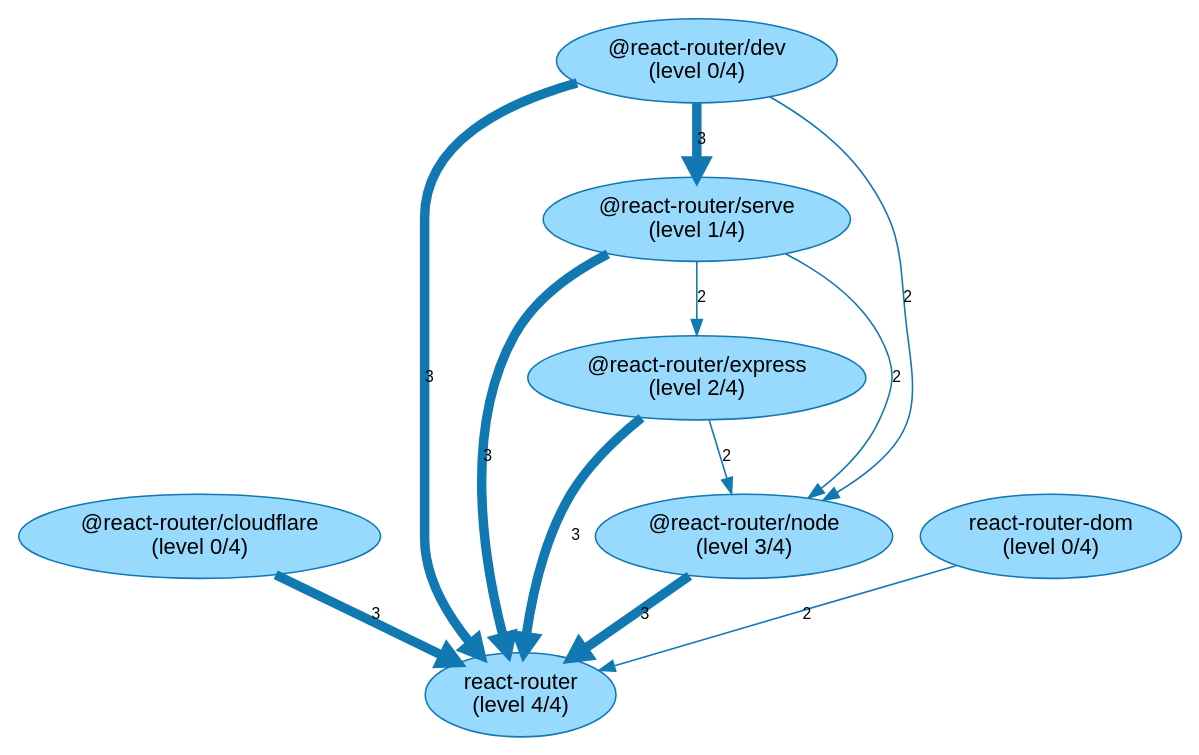
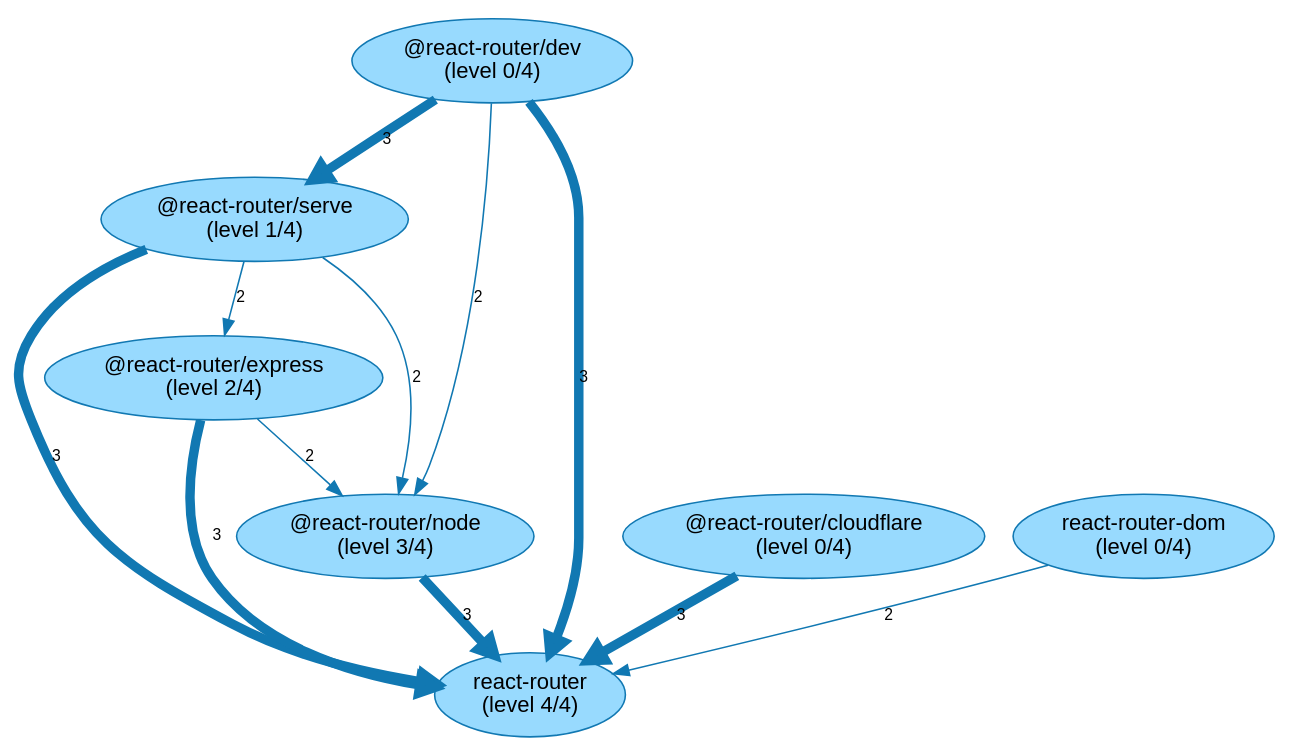
The diagram in analysis-results/react-router/latest/internal-dependencies/NPM_NonDevPackage/Graph_Visualizations/NpmPackageBuildLevels.gv (JohT/code-graph-analysis-examples), drawn with Graphviz before and after one commit. The commit also changed other lines of this file and 361 other files, not shown here.

```diff
--- a/analysis-results/react-router/latest/internal-dependencies/NPM_NonDevPackage/Graph_Visualizations/NpmPackageBuildLevels.gv
+++ b/analysis-results/react-router/latest/internal-dependencies/NPM_NonDevPackage/Graph_Visualizations/NpmPackageBuildLevels.gv
@@ -1,21 +1,21 @@
 // This GraphViz dot file was generated by the script convertQueryResultCsvToGraphVizDotFile.sh with default.template
 
 strict digraph NpmPackageBuildLevels {
     fontname = "Helvetica,Arial,sans-serif";
     node [fontname = "Helvetica,Arial,sans-serif";];
     edge [fontname = "Helvetica,Arial,sans-serif"; fontsize = 10;];
     node [style = filled; fillcolor = "0.560 0.400 0.999";];
     node [color = "0.560 0.900 0.700";];
     edge [color = "0.560 0.900 0.700";];
+	"@react-router/serve\n(level 1/4)" -> "react-router\n(level 4/4)" [label = 3; penwidth = 6.0; ];
+	"@react-router/node\n(level 3/4)" -> "react-router\n(level 4/4)" [label = 3; penwidth = 6.0; ];
+	"@react-router/dev\n(level 0/4)" -> "react-router\n(level 4/4)" [label = 3; penwidth = 6.0; ];
+	"@react-router/express\n(level 2/4)" -> "react-router\n(level 4/4)" [label = 3; penwidth = 6.0; ];
 	"@react-router/cloudflare\n(level 0/4)" -> "react-router\n(level 4/4)" [label = 3; penwidth = 6.0; ];
-	"@react-router/serve\n(level 1/4)" -> "react-router\n(level 4/4)" [label = 3; penwidth = 6.0; ];
-	"@react-router/express\n(level 2/4)" -> "react-router\n(level 4/4)" [label = 3; penwidth = 6.0; ];
-	"@react-router/dev\n(level 0/4)" -> "react-router\n(level 4/4)" [label = 3; penwidth = 6.0; ];
-	"@react-router/node\n(level 3/4)" -> "react-router\n(level 4/4)" [label = 3; penwidth = 6.0; ];
 	"@react-router/dev\n(level 0/4)" -> "@react-router/serve\n(level 1/4)" [label = 3; penwidth = 6.0; ];
 	"react-router-dom\n(level 0/4)" -> "react-router\n(level 4/4)" [label = 2; penwidth = 1.0; ];
 	"@react-router/dev\n(level 0/4)" -> "@react-router/node\n(level 3/4)" [label = 2; penwidth = 1.0; ];
+	"@react-router/express\n(level 2/4)" -> "@react-router/node\n(level 3/4)" [label = 2; penwidth = 1.0; ];
 	"@react-router/serve\n(level 1/4)" -> "@react-router/node\n(level 3/4)" [label = 2; penwidth = 1.0; ];
-	"@react-router/express\n(level 2/4)" -> "@react-router/node\n(level 3/4)" [label = 2; penwidth = 1.0; ];
 	"@react-router/serve\n(level 1/4)" -> "@react-router/express\n(level 2/4)" [label = 2; penwidth = 1.0; ];
 }
```
